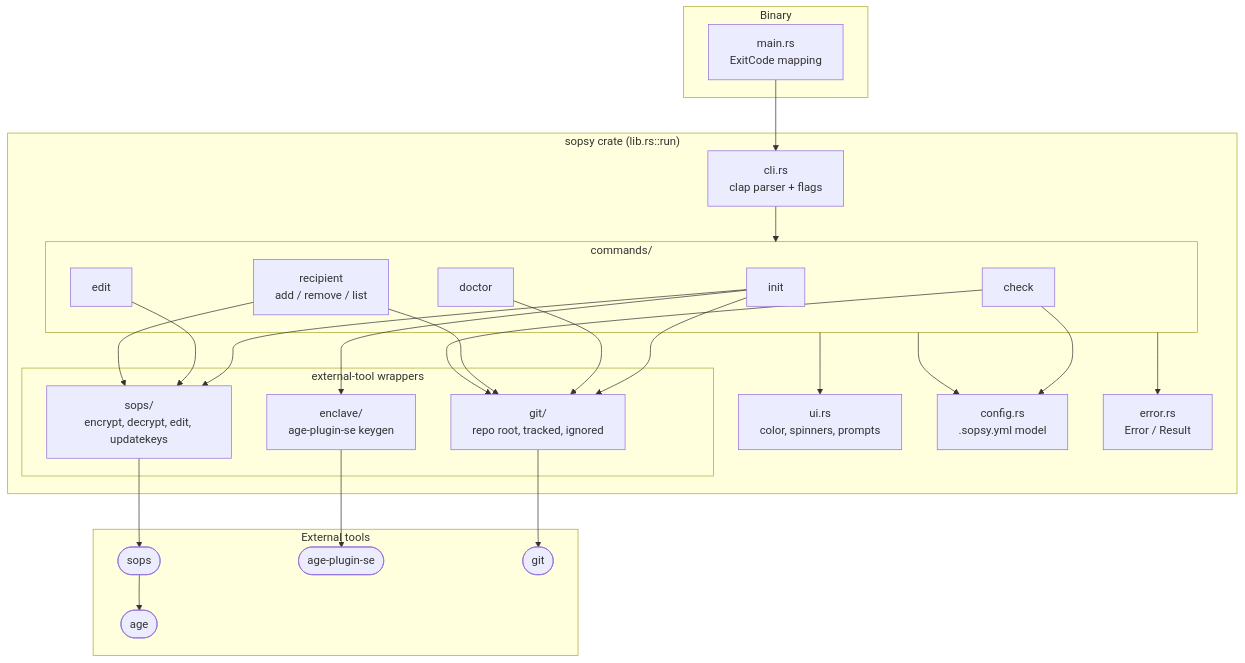
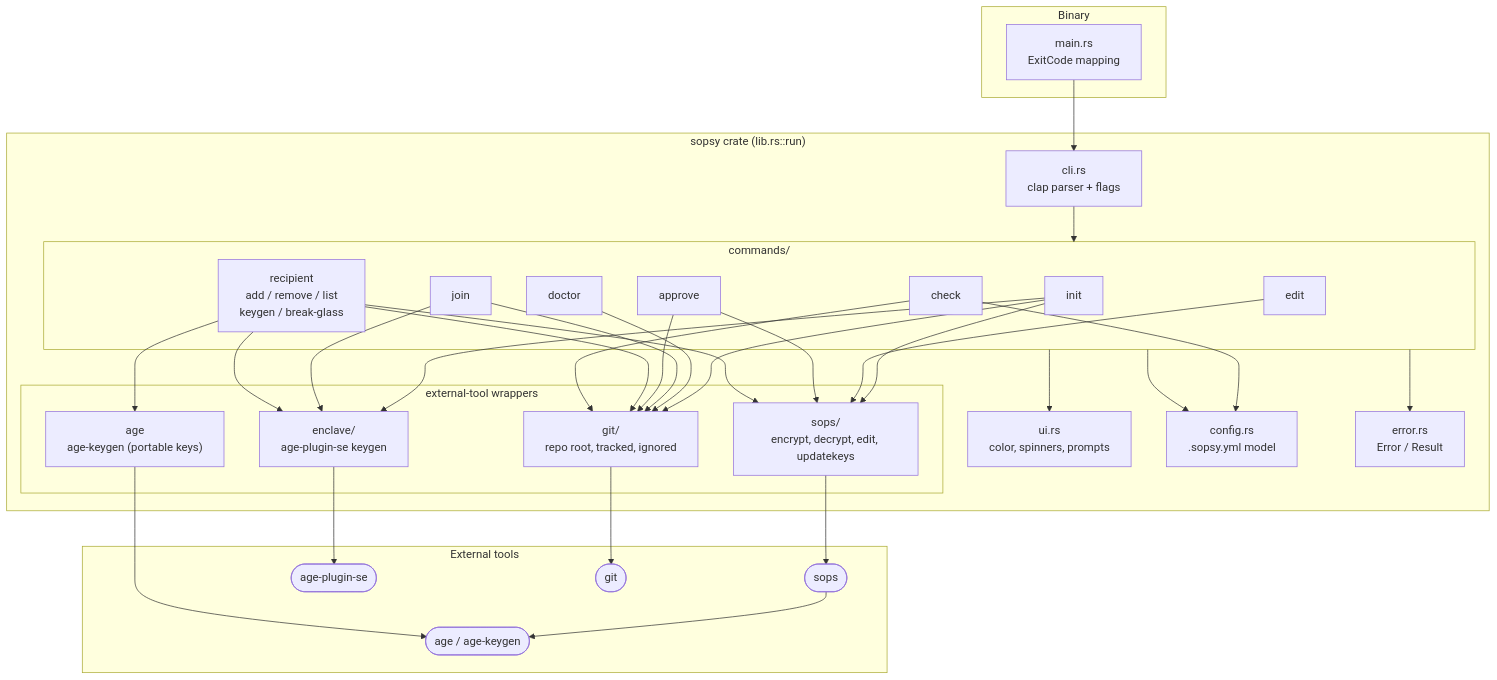
The first of 5 diagrams in README.md (kigster/sopsy), drawn with Mermaid before and after one commit. The commit also changed other lines of this file and 23 other files, not shown here.

````diff
--- a/README.md
+++ b/README.md
@@ -172,48 +184,54 @@
 ```mermaid
 flowchart TD
     subgraph Binary
         main["main.rs<br/>ExitCode mapping"]
     end
     subgraph Library["sopsy crate (lib.rs::run)"]
         cli["cli.rs<br/>clap parser + flags"]
         ui["ui.rs<br/>color, spinners, prompts"]
         config["config.rs<br/>.sopsy.yml model"]
         error["error.rs<br/>Error / Result"]
 
         subgraph Commands["commands/"]
             init["init"]
             doctor["doctor"]
             edit["edit"]
-            recipient["recipient<br/>add / remove / list"]
+            join["join"]
+            approve["approve"]
+            recipient["recipient<br/>add / remove / list<br/>keygen / break-glass"]
             check["check"]
         end
 
         subgraph Helpers["external-tool wrappers"]
             sops["sops/<br/>encrypt, decrypt, edit, updatekeys"]
             enclave["enclave/<br/>age-plugin-se keygen"]
+            age["age<br/>age-keygen (portable keys)"]
             git["git/<br/>repo root, tracked, ignored"]
         end
     end
 
     subgraph External["External tools"]
         sopsbin([sops])
-        agebin([age])
+        agebin([age / age-keygen])
         sebin([age-plugin-se])
         gitbin([git])
     end
 
     main --> cli
     cli --> Commands
     Commands --> ui
     Commands --> config
     Commands --> error
     init --> sops & enclave & git
     doctor --> git
     edit --> sops
-    recipient --> sops & git
+    join --> enclave & git
+    approve --> sops & git
+    recipient --> sops & enclave & age & git
     check --> git & config
     sops --> sopsbin
     sopsbin --> agebin
     enclave --> sebin
+    age --> agebin
     git --> gitbin
 ```
````
